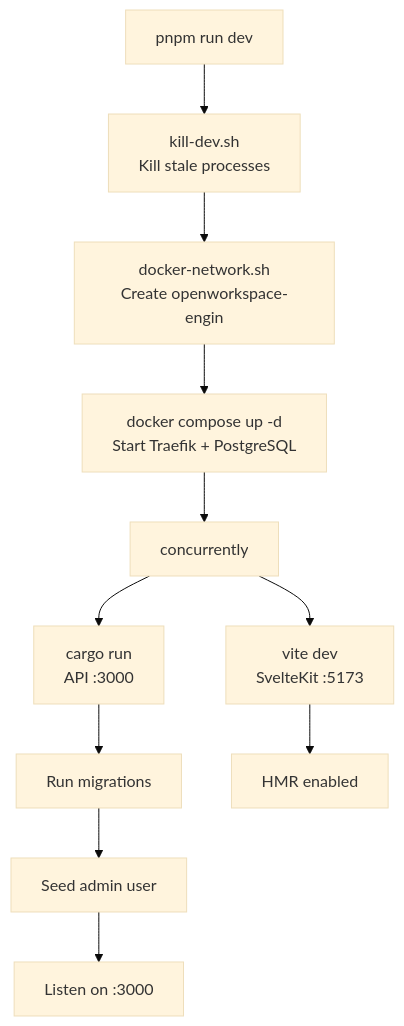
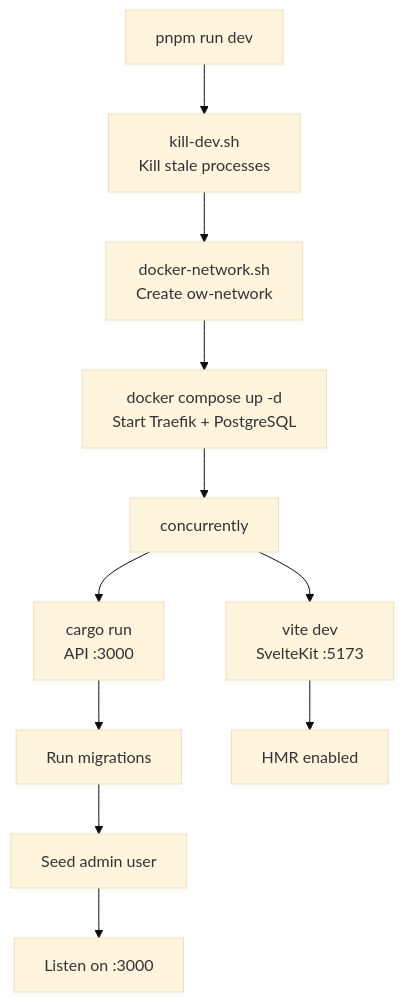
One commit to TsukiSama9292/OpenWorkspace-Engine changed the first of 2 diagrams in docs/development.md. Above: the diagram before and after it, drawn with Mermaid (base theme). The commit also changed other lines of this file and 13 other files, not shown here.

````diff
--- a/docs/development.md
+++ b/docs/development.md
@@ -128,15 +128,15 @@
 ```mermaid
 flowchart TD
     A["pnpm run dev"] --> B["kill-dev.sh<br/>Kill stale processes"]
-    B --> C["docker-network.sh<br/>Create openworkspace-engin"]
+    B --> C["docker-network.sh<br/>Create ow-network"]
     C --> D["docker compose up -d<br/>Start Traefik + PostgreSQL"]
     D --> E["concurrently"]
     E --> F["cargo run<br/>API :3000"]
     E --> G["vite dev<br/>SvelteKit :5173"]
 
     F --> H["Run migrations"]
     H --> I["Seed admin user"]
     I --> J["Listen on :3000"]
 
     G --> J2["HMR enabled"]
 ```
````
